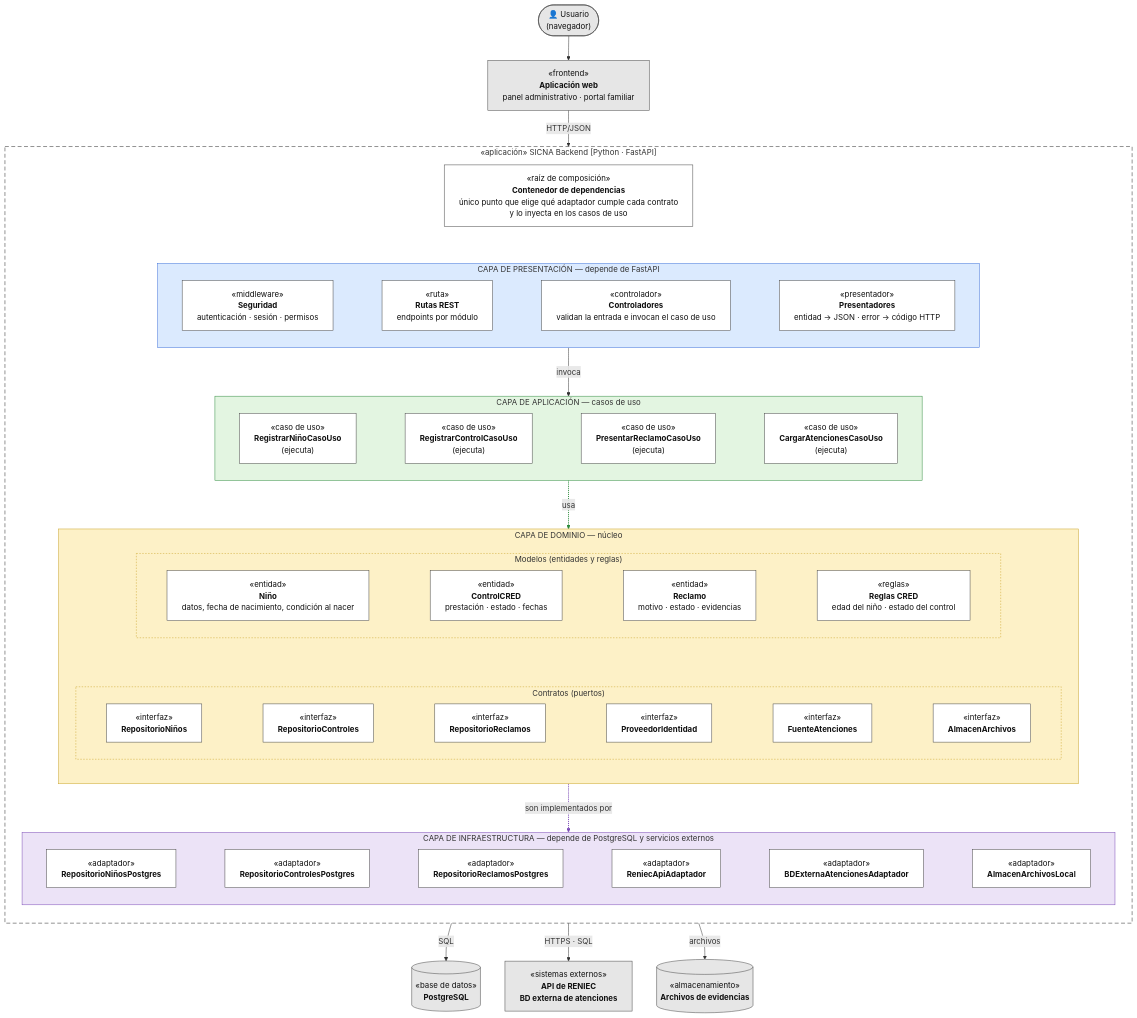
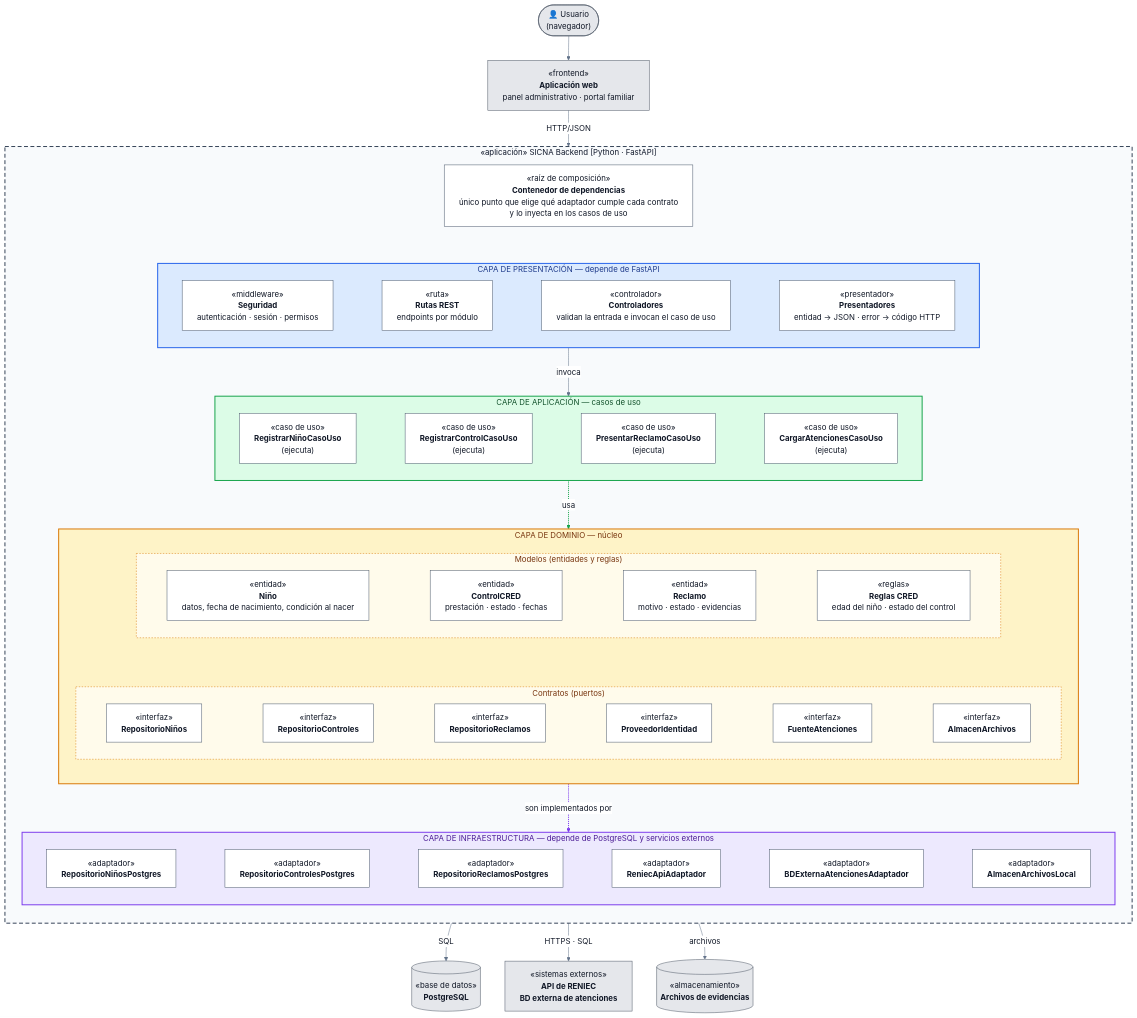
The diagram in docs/02-arquitectura-de-software/03-patron-arquitectonico.md (germanAmiqueroPeralta/SPRINT1), drawn with Mermaid before and after one commit. The commit also changed 4 other files, not shown here.

Commit message:
Mejorar colores de los diagramas para que se lean en modo claro y oscuro

````diff
--- a/docs/02-arquitectura-de-software/03-patron-arquitectonico.md
+++ b/docs/02-arquitectura-de-software/03-patron-arquitectonico.md
@@ -16,5 +16,5 @@
 ```mermaid
-%%{init: {"flowchart": {"wrappingWidth": 600}}}%%
+%%{init: {"theme": "base", "themeVariables": {"primaryColor": "#ffffff", "primaryTextColor": "#111827", "primaryBorderColor": "#475569", "lineColor": "#64748b", "textColor": "#111827", "titleColor": "#111827", "edgeLabelBackground": "#ffffff", "clusterBkg": "#f8fafc", "clusterBorder": "#94a3b8"}, "flowchart": {"wrappingWidth": 600}}}%%
 flowchart TB
     U(["👤 Usuario<br/>(navegador)"]) --> FE["«frontend»<br/><b>Aplicación web</b><br/>panel administrativo · portal familiar"]
 
@@ -88,19 +88,19 @@
     INFRA -->|HTTPS · SQL| EXT
     INFRA -->|archivos| FS
 
-    classDef card fill:#ffffff,stroke:#444,color:#111
-    classDef ext fill:#e6e6e6,stroke:#444,color:#111
+    classDef card fill:#ffffff,stroke:#475569,color:#111827
+    classDef ext fill:#e5e7eb,stroke:#4b5563,color:#111827
     class p1,p2,p3,p4,a1,a2,a3,a4,d1,d2,d3,d4,c1,c2,c3,c4,c5,c6,i1,i2,i3,i4,i5,i6,CR card
     class U,FE,DB,EXT,FS ext
 
-    style SICNA fill:#ffffff,stroke:#222,stroke-dasharray:8 5
-    style PRES fill:#dbeafe,stroke:#3b6fd8
-    style UC fill:#e3f5e1,stroke:#2e8b3d
-    style DOM fill:#fdf1c7,stroke:#c9a227
-    style MOD fill:none,stroke:#c9a227,stroke-dasharray:3 3
-    style CON fill:none,stroke:#c9a227,stroke-dasharray:3 3
-    style INFRA fill:#ece3f7,stroke:#7b4bb7
+    style SICNA fill:#f8fafc,stroke:#334155,stroke-width:2px,stroke-dasharray:8 5,color:#0f172a
+    style PRES fill:#dbeafe,stroke:#2563eb,stroke-width:2px,color:#1e3a8a
+    style UC fill:#dcfce7,stroke:#16a34a,stroke-width:2px,color:#14532d
+    style DOM fill:#fef3c7,stroke:#d97706,stroke-width:2px,color:#78350f
+    style MOD fill:#fffbeb,stroke:#d97706,stroke-dasharray:3 3,color:#78350f
+    style CON fill:#fffbeb,stroke:#d97706,stroke-dasharray:3 3,color:#78350f
+    style INFRA fill:#ede9fe,stroke:#7c3aed,stroke-width:2px,color:#4c1d95
 
-    linkStyle 23 stroke:#2e8b3d,stroke-width:2px
-    linkStyle 24 stroke:#7b4bb7,stroke-width:2px
+    linkStyle 23 stroke:#16a34a,stroke-width:2px
+    linkStyle 24 stroke:#7c3aed,stroke-width:2px
 ```
````
